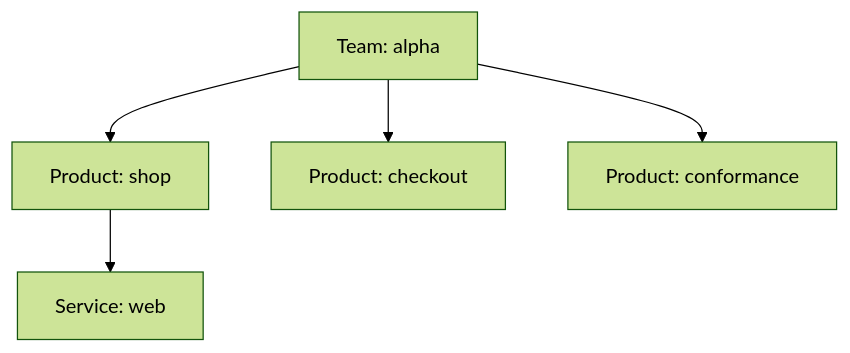
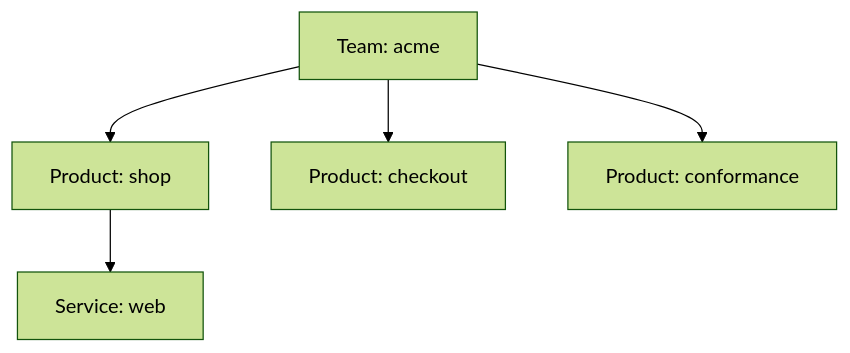
Before and after one commit to asanexample/platform: the diagram in docs/learn/domain-model/orientation.md, drawn with Mermaid (forest theme). The commit also changed other lines of this file and 101 other files, not shown here.

First line of the commit message:
docs(learn): coherence + human-voice rewrite + Claude-designed diagrams

````diff
--- a/docs/learn/domain-model/orientation.md
+++ b/docs/learn/domain-model/orientation.md
@@ -44,7 +38,7 @@
 ```mermaid
 flowchart TB
-    T[Team: alpha] --> P1[Product: shop]
+    T[Team: acme] --> P1[Product: shop]
     T --> P2[Product: checkout]
     T --> P3[Product: conformance]
     P1 --> S1[Service: web]
 ```
````
